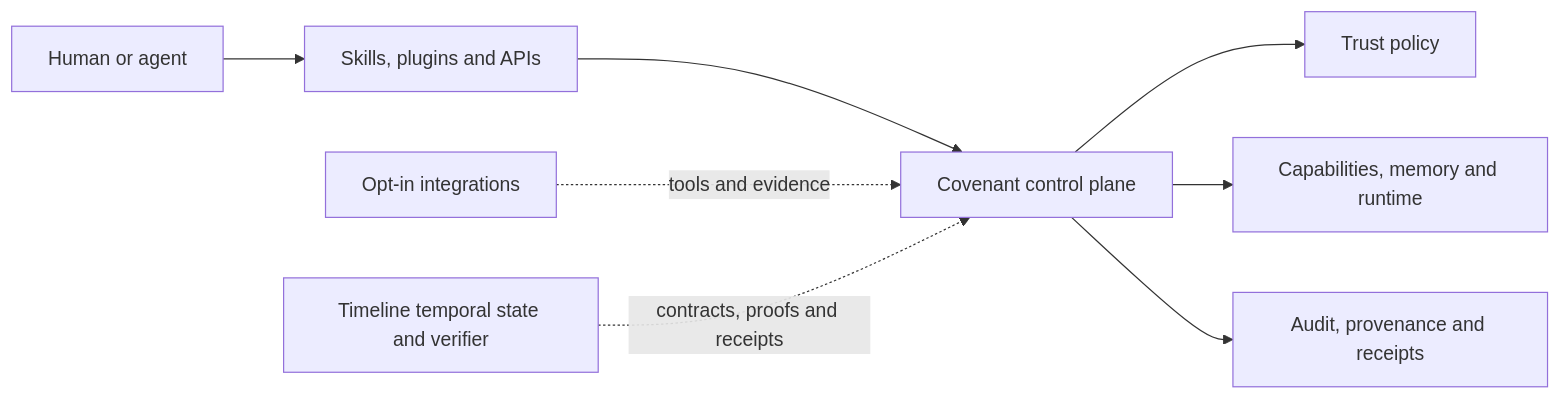
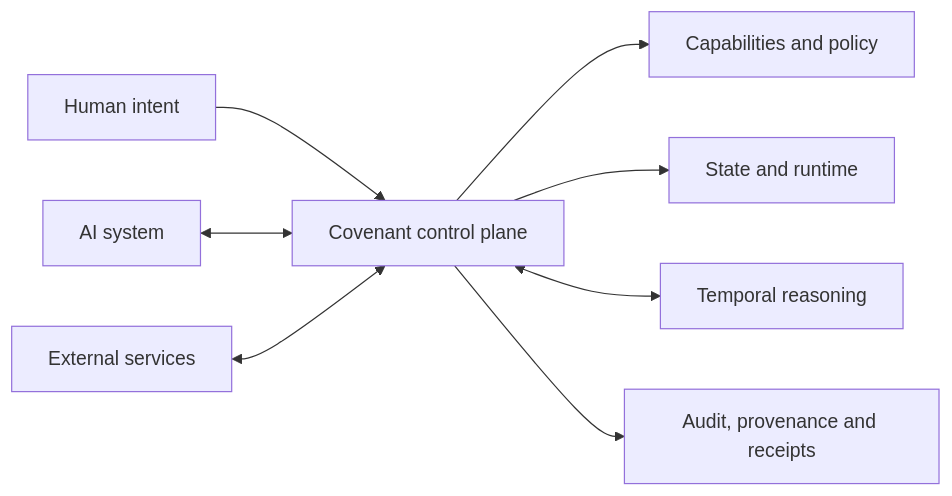
Before and after one commit to open-covenant/.github: the diagram in profile/README.md, drawn with Mermaid. The commit also changed other lines of this file, not shown here.

````diff
--- a/profile/README.md
+++ b/profile/README.md
@@ -54,10 +71,10 @@
 ```mermaid
 flowchart LR
-    operator["Human or agent"] --> entry["Skills, plugins and APIs"]
-    entry --> core["Covenant control plane"]
-    core --> trust["Trust policy"]
-    core --> runtime["Capabilities, memory and runtime"]
+    intent["Human intent"] --> core["Covenant control plane"]
+    model["AI system"] <--> core
+    core --> authority["Capabilities and policy"]
+    core --> continuity["State and runtime"]
+    core <--> timeline["Temporal reasoning"]
     core --> evidence["Audit, provenance and receipts"]
-    integrations["Opt-in integrations"] -. tools and evidence .-> core
-    timeline["Timeline temporal state and verifier"] -. contracts, proofs and receipts .-> core
+    services["External services"] <--> core
 ```
````
